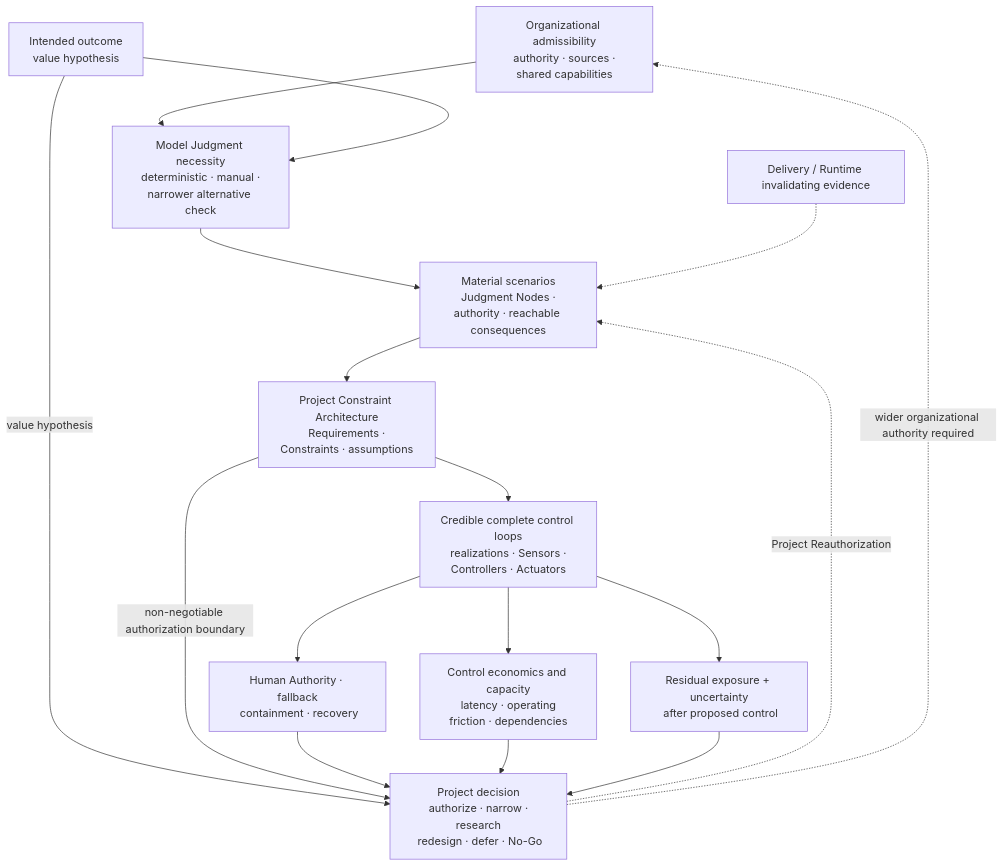
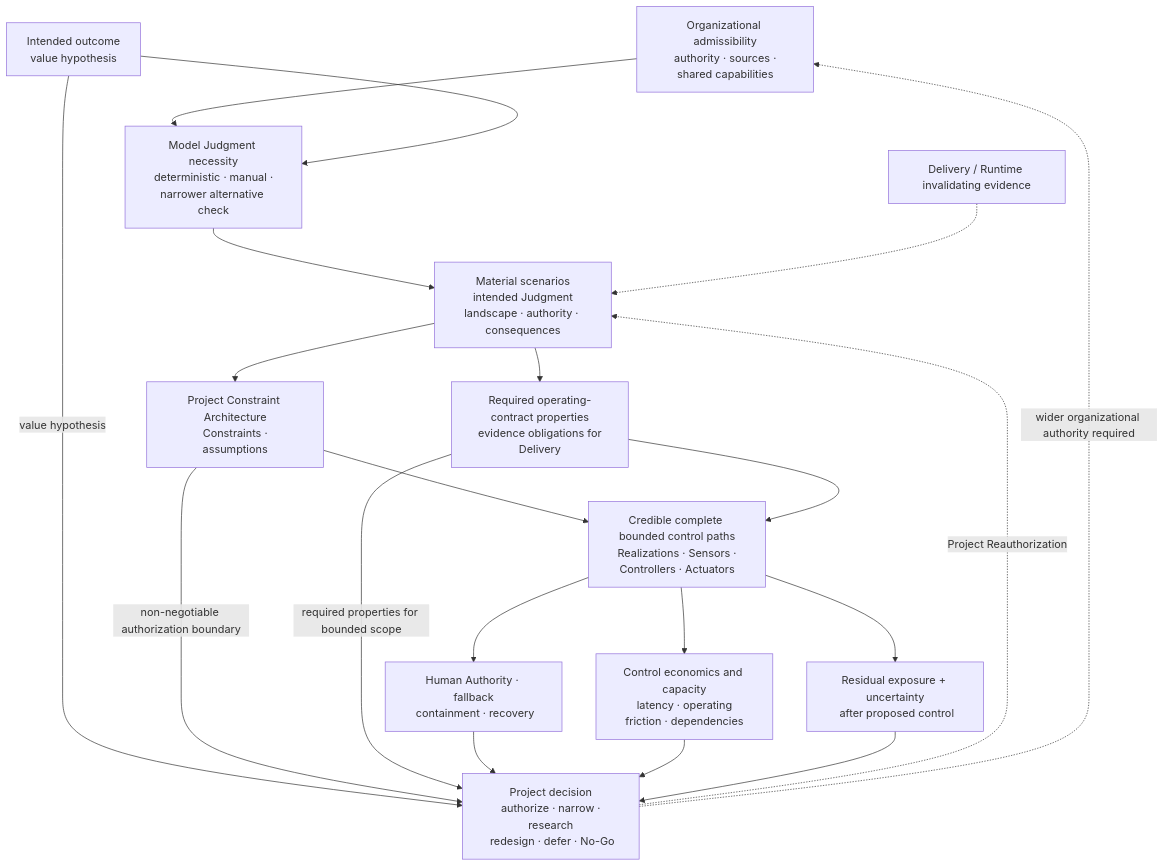
Diagram 11 of 15 in content/research/notes/open-engineering-specification-article-draft.md (UncertaintyArchitectureGroup/uncertainty-architecture), drawn with Mermaid before and after one commit. The commit also changed other lines of this file and 5 other files, not shown here.

````diff
--- a/content/research/notes/open-engineering-specification-article-draft.md
+++ b/content/research/notes/open-engineering-specification-article-draft.md
@@ -665,24 +664,28 @@
 ```mermaid
 flowchart TB
     ORG["Organizational admissibility<br/> authority · sources · shared capabilities"]
     OUT["Intended outcome<br/> value hypothesis"]
     NEED["Model Judgment necessity<br/> deterministic · manual · narrower alternative check"]
-    RISK["Material scenarios<br/> Judgment Nodes · authority · reachable consequences"]
-    K["Project Constraint Architecture<br/> Requirements · Constraints · assumptions"]
-    LOOP["Credible complete control loops<br/> realizations · Sensors · Controllers · Actuators"]
+    RISK["Material scenarios<br/> intended Judgment landscape · authority · consequences"]
+    K["Project Constraint Architecture<br/> Constraints · assumptions"]
+    PROP["Required operating-contract properties<br/> evidence obligations for Delivery"]
+    PATH["Credible complete bounded control paths<br/> Realizations · Sensors · Controllers · Actuators"]
     HUMAN["Human Authority · fallback<br/> containment · recovery"]
     ECON["Control economics and capacity<br/> latency · operating friction · dependencies"]
     RES["Residual exposure + uncertainty<br/> after proposed control"]
     DEC["Project decision<br/> authorize · narrow · research<br/> redesign · defer · No-Go"]
     RE["Delivery / Runtime invalidating evidence"]
     ORG --> NEED
-    OUT --> NEED --> RISK --> K --> LOOP
+    OUT --> NEED --> RISK
+    RISK --> K --> PATH
+    RISK --> PROP --> PATH
     OUT -->|value hypothesis| DEC
     K -->|non-negotiable authorization boundary| DEC
-    LOOP --> HUMAN --> DEC
-    LOOP --> ECON --> DEC
-    LOOP --> RES --> DEC
+    PROP -->|required properties for bounded scope| DEC
+    PATH --> HUMAN --> DEC
+    PATH --> ECON --> DEC
+    PATH --> RES --> DEC
     RE -.-> RISK
     DEC -. Project Reauthorization .-> RISK
     DEC -.->|wider organizational authority required| ORG
 ```
````
